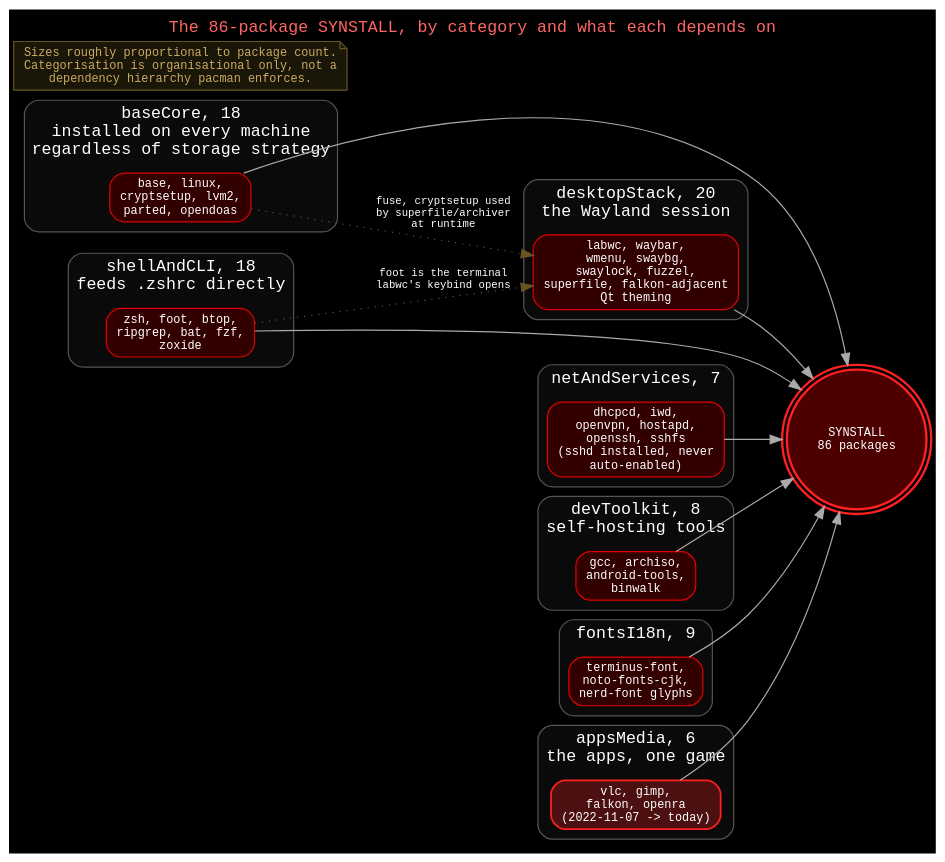
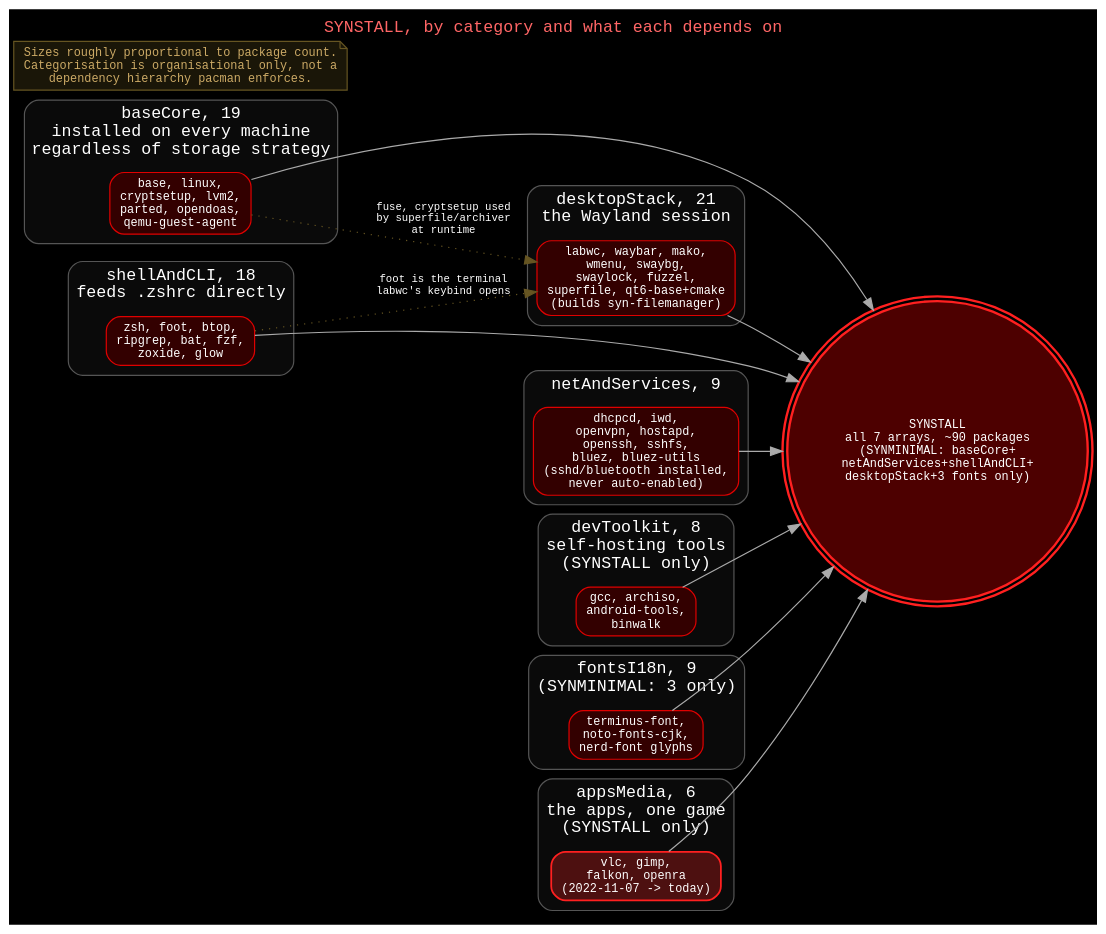
The diagram in SYN-OS/SYN-ISO-PROFILE/airootfs/usr/share/syn-os/docs/diagrams/src/packages-map.dot (syn990/SYN-OS), drawn with Graphviz before and after one commit. The commit also changed 47 other files, not shown here.

First line of the commit message:
docs: full rewrite covering every SYN-OS system, plus docs-viewer diagram framing

```diff
--- a/SYN-OS/SYN-ISO-PROFILE/airootfs/usr/share/syn-os/docs/diagrams/src/packages-map.dot
+++ b/SYN-OS/SYN-ISO-PROFILE/airootfs/usr/share/syn-os/docs/diagrams/src/packages-map.dot
@@ -1,61 +1,61 @@
 digraph package_map {
   rankdir=LR;
   bgcolor="#000000";
   fontname="monospace";
   node [shape=box, style="rounded,filled", fillcolor="#4d0000", color="#e00000", fontcolor="white", fontname="monospace", fontsize=10];
   edge [color="#AAAAAA", fontcolor="white", fontname="monospace", fontsize=9];
 
-  label="The 86-package SYNSTALL, by category and what each depends on";
+  label="SYNSTALL, by category and what each depends on";
   labelloc="t"; fontsize=14; fontcolor="#ff6666";
 
-  synstall [label="SYNSTALL\n86 packages", shape=doublecircle, fillcolor="#4d0000", penwidth=2, color="#ff2020"];
+  synstall [label="SYNSTALL\nall 7 arrays, ~90 packages\n(SYNMINIMAL: baseCore+\nnetAndServices+shellAndCLI+\ndesktopStack+3 fonts only)", shape=doublecircle, fillcolor="#4d0000", penwidth=2, color="#ff2020"];
 
   subgraph cluster_base {
-    label="baseCore, 18\ninstalled on every machine\nregardless of storage strategy"; style="rounded"; color="#555555"; fontcolor="white"; bgcolor="#0a0a0a";
-    base_ex [label="base, linux,\ncryptsetup, lvm2,\nparted, opendoas", fillcolor="#330000"];
+    label="baseCore, 19\ninstalled on every machine\nregardless of storage strategy"; style="rounded"; color="#555555"; fontcolor="white"; bgcolor="#0a0a0a";
+    base_ex [label="base, linux,\ncryptsetup, lvm2,\nparted, opendoas,\nqemu-guest-agent", fillcolor="#330000"];
   }
 
   subgraph cluster_net {
-    label="netAndServices, 7"; style="rounded"; color="#555555"; fontcolor="white"; bgcolor="#0a0a0a";
-    net_ex [label="dhcpcd, iwd,\nopenvpn, hostapd,\nopenssh, sshfs\n(sshd installed, never\nauto-enabled)", fillcolor="#330000"];
+    label="netAndServices, 9"; style="rounded"; color="#555555"; fontcolor="white"; bgcolor="#0a0a0a";
+    net_ex [label="dhcpcd, iwd,\nopenvpn, hostapd,\nopenssh, sshfs,\nbluez, bluez-utils\n(sshd/bluetooth installed,\nnever auto-enabled)", fillcolor="#330000"];
   }
 
   subgraph cluster_shell {
     label="shellAndCLI, 18\nfeeds .zshrc directly"; style="rounded"; color="#555555"; fontcolor="white"; bgcolor="#0a0a0a";
-    shell_ex [label="zsh, foot, btop,\nripgrep, bat, fzf,\nzoxide", fillcolor="#330000"];
+    shell_ex [label="zsh, foot, btop,\nripgrep, bat, fzf,\nzoxide, glow", fillcolor="#330000"];
   }
 
   subgraph cluster_desktop {
-    label="desktopStack, 20\nthe Wayland session"; style="rounded"; color="#555555"; fontcolor="white"; bgcolor="#0a0a0a";
-    desktop_ex [label="labwc, waybar,\nwmenu, swaybg,\nswaylock, fuzzel,\nsuperfile, falkon-adjacent\nQt theming", fillcolor="#330000"];
+    label="desktopStack, 21\nthe Wayland session"; style="rounded"; color="#555555"; fontcolor="white"; bgcolor="#0a0a0a";
+    desktop_ex [label="labwc, waybar, mako,\nwmenu, swaybg,\nswaylock, fuzzel,\nsuperfile, qt6-base+cmake\n(builds syn-filemanager)", fillcolor="#330000"];
   }
 
   subgraph cluster_dev {
-    label="devToolkit, 8\nself-hosting tools"; style="rounded"; color="#555555"; fontcolor="white"; bgcolor="#0a0a0a";
+    label="devToolkit, 8\nself-hosting tools\n(SYNSTALL only)"; style="rounded"; color="#555555"; fontcolor="white"; bgcolor="#0a0a0a";
     dev_ex [label="gcc, archiso,\nandroid-tools,\nbinwalk", fillcolor="#330000"];
   }
 
   subgraph cluster_fonts {
-    label="fontsI18n, 9"; style="rounded"; color="#555555"; fontcolor="white"; bgcolor="#0a0a0a";
+    label="fontsI18n, 9\n(SYNMINIMAL: 3 only)"; style="rounded"; color="#555555"; fontcolor="white"; bgcolor="#0a0a0a";
     fonts_ex [label="terminus-font,\nnoto-fonts-cjk,\nnerd-font glyphs", fillcolor="#330000"];
   }
 
   subgraph cluster_apps {
-    label="appsMedia, 6\nthe apps, one game"; style="rounded"; color="#555555"; fontcolor="white"; bgcolor="#0a0a0a";
+    label="appsMedia, 6\nthe apps, one game\n(SYNSTALL only)"; style="rounded"; color="#555555"; fontcolor="white"; bgcolor="#0a0a0a";
     apps_ex [label="vlc, gimp,\nfalkon, openra\n(2022-11-07 -> today)", fillcolor="#4d1010", color="#ff2020", penwidth=1.5];
   }
 
   base_ex -> synstall;
   net_ex -> synstall;
   shell_ex -> synstall;
   desktop_ex -> synstall;
   dev_ex -> synstall;
   fonts_ex -> synstall;
   apps_ex -> synstall;
 
   base_ex -> desktop_ex [style=dotted, color="#665522", label="  fuse, cryptsetup used\n  by superfile/archiver\n  at runtime"];
   shell_ex -> desktop_ex [style=dotted, color="#665522", label="  foot is the terminal\n  labwc's keybind opens"];
 
   note [shape=note, fillcolor="#1a1608", color="#665522", fontcolor="#ccaa66",
         label="Sizes roughly proportional to package count.\nCategorisation is organisational only, not a\ndependency hierarchy pacman enforces."];
 }
```
